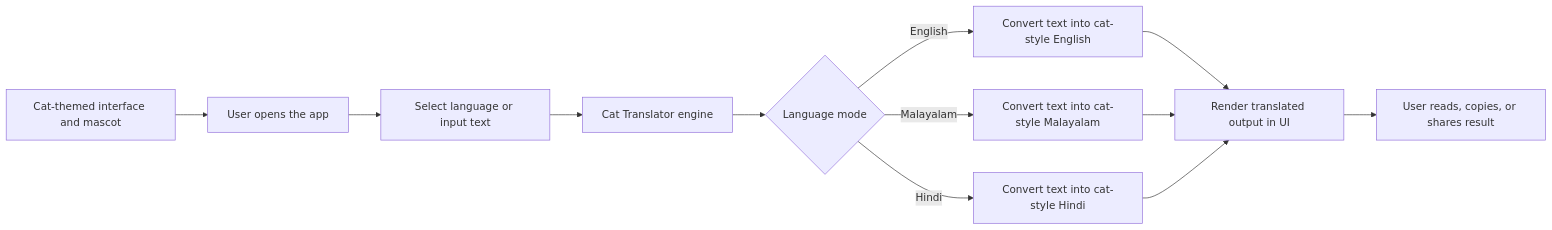
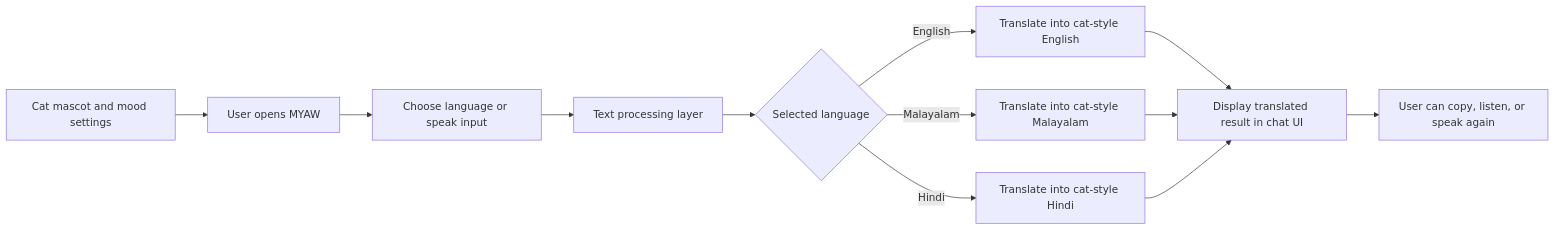
One commit to mohammedharshad7/useless_project_temp changed the diagram in README.md. Above: the diagram before and after it, drawn with Mermaid. The commit also changed other lines of this file, not shown here.

````diff
--- a/README.md
+++ b/README.md
@@ -58,14 +65,14 @@
 ```mermaid
 flowchart LR
-    A[User opens the app] --> B[Select language or input text]
-    B --> C[Cat Translator engine]
-    C --> D{Language mode}
-    D -->|English| E[Convert text into cat-style English]
-    D -->|Malayalam| F[Convert text into cat-style Malayalam]
-    D -->|Hindi| G[Convert text into cat-style Hindi]
-    E --> H[Render translated output in UI]
+    A[User opens MYAW] --> B[Choose language or speak input]
+    B --> C[Text processing layer]
+    C --> D{Selected language}
+    D -->|English| E[Translate into cat-style English]
+    D -->|Malayalam| F[Translate into cat-style Malayalam]
+    D -->|Hindi| G[Translate into cat-style Hindi]
+    E --> H[Display translated result in chat UI]
     F --> H
     G --> H
-    H --> I[User reads, copies, or shares result]
-    J[Cat-themed interface and mascot] --> A
+    H --> I[User can copy, listen, or speak again]
+    J[Cat mascot and mood settings] --> A
 ```
````
